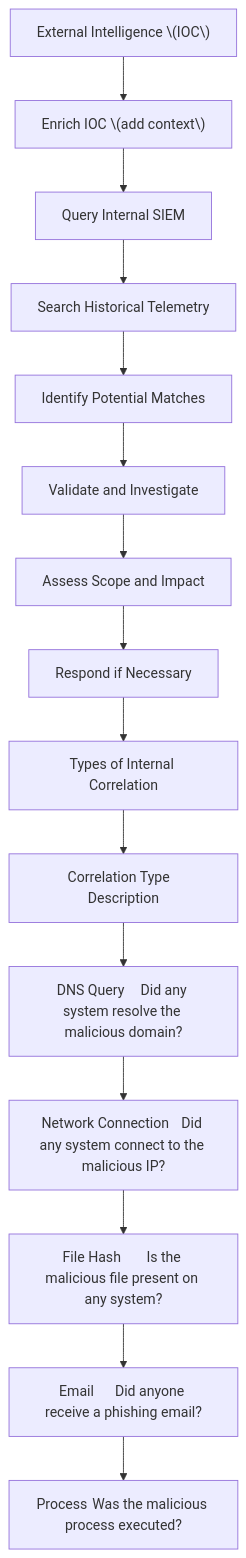
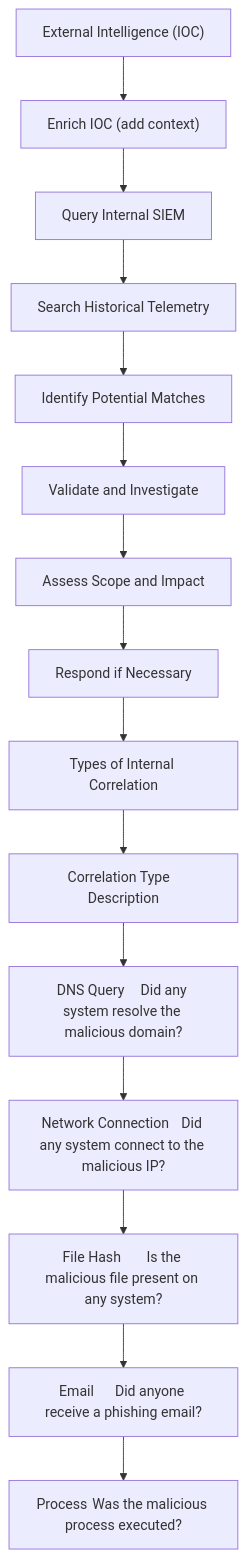
One commit to vishalkumar28/SOC-Training changed the diagram in src/data/content/day2/dark-web-intelligence-soc-correlation.md. Above: the diagram before and after it, drawn with Mermaid. The commit also changed 2 other files, not shown here.

Commit message:
feat: add MermaidDiagram component and new intelligence correlation documentation modules

````diff
--- a/src/data/content/day2/dark-web-intelligence-soc-correlation.md
+++ b/src/data/content/day2/dark-web-intelligence-soc-correlation.md
@@ -7,18 +7,18 @@
 ```mermaid
 graph TD
-    A["External Intelligence \(IOC\)"]
-    A --> B["Enrich IOC \(add context\)"]
+    A["External Intelligence (IOC)"]
+    A --> B["Enrich IOC (add context)"]
     B --> C["Query Internal SIEM"]
     C --> D["Search Historical Telemetry"]
     D --> E["Identify Potential Matches"]
     E --> F["Validate and Investigate"]
     F --> G["Assess Scope and Impact"]
     G --> H["Respond if Necessary"]
     H --> I["Types of Internal Correlation"]
     I --> J["Correlation Type	Description"]
     J --> K["DNS Query	Did any system resolve the malicious domain?"]
     K --> L["Network Connection	Did any system connect to the malicious IP?"]
     L --> M["File Hash	Is the malicious file present on any system?"]
     M --> N["Email	Did anyone receive a phishing email?"]
     N --> O["Process	Was the malicious process executed?"]
 ```
````
